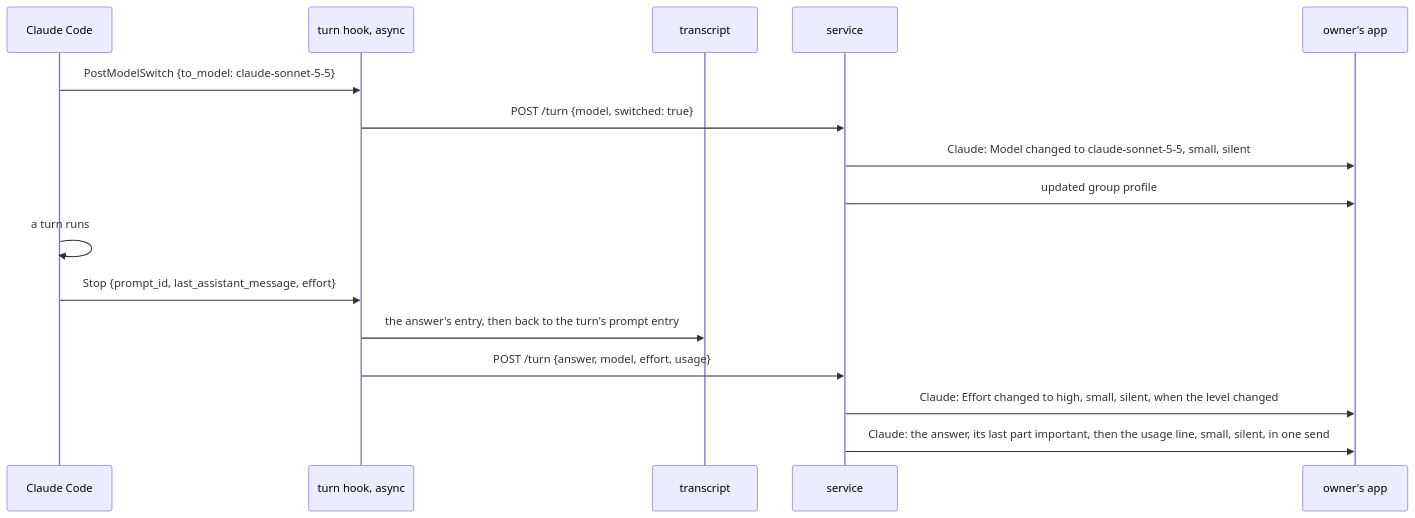
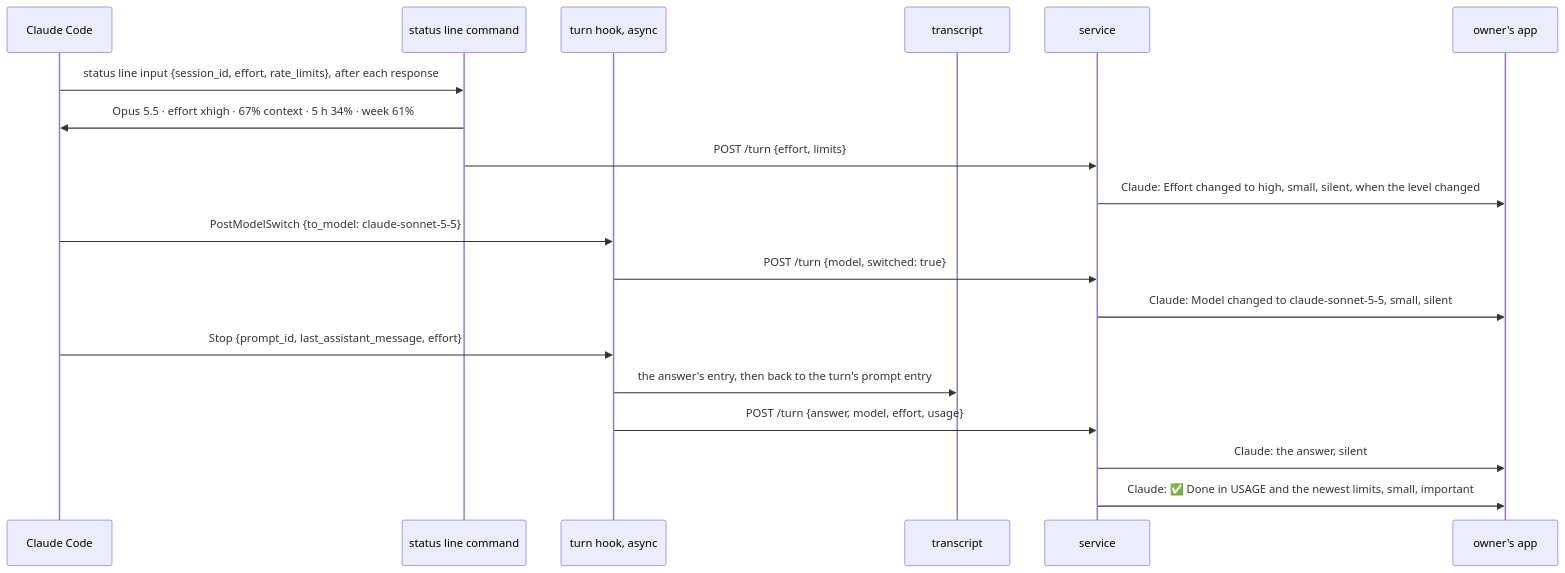
One commit to simplex-chat/simplex-chat changed the first of 2 diagrams in plans/2026-11-13-mcp-session-usage.md. Above: the diagram before and after it, drawn with Mermaid. The commit also changed other lines of this file, not shown here.

Commit message:
plan: mcp-session-usage, plan usage by the status line, one end line

````diff
--- a/plans/2026-11-13-mcp-session-usage.md
+++ b/plans/2026-11-13-mcp-session-usage.md
@@ -88,18 +137,21 @@
 ```mermaid
 sequenceDiagram
   participant CC as Claude Code
+  participant SL as status line command
   participant HK as turn hook, async
   participant T as transcript
   participant D as service
   participant O as owner's app
+  CC->>SL: status line input {session_id, effort, rate_limits}, after each response
+  SL->>CC: Opus 5.5 · effort xhigh · 67% context · 5 h 34% · week 61%
+  SL->>D: POST /turn {effort, limits}
+  D->>O: Claude: Effort changed to high, small, silent, when the level changed
   CC->>HK: PostModelSwitch {to_model: claude-sonnet-5-5}
   HK->>D: POST /turn {model, switched: true}
   D->>O: Claude: Model changed to claude-sonnet-5-5, small, silent
-  D->>O: updated group profile
-  CC->>CC: a turn runs
   CC->>HK: Stop {prompt_id, last_assistant_message, effort}
   HK->>T: the answer's entry, then back to the turn's prompt entry
   HK->>D: POST /turn {answer, model, effort, usage}
-  D->>O: Claude: Effort changed to high, small, silent, when the level changed
-  D->>O: Claude: the answer, its last part important, then the usage line, small, silent, in one send
+  D->>O: Claude: the answer, silent
+  D->>O: Claude: ✅ Done in USAGE and the newest limits, small, important
 ```
````
